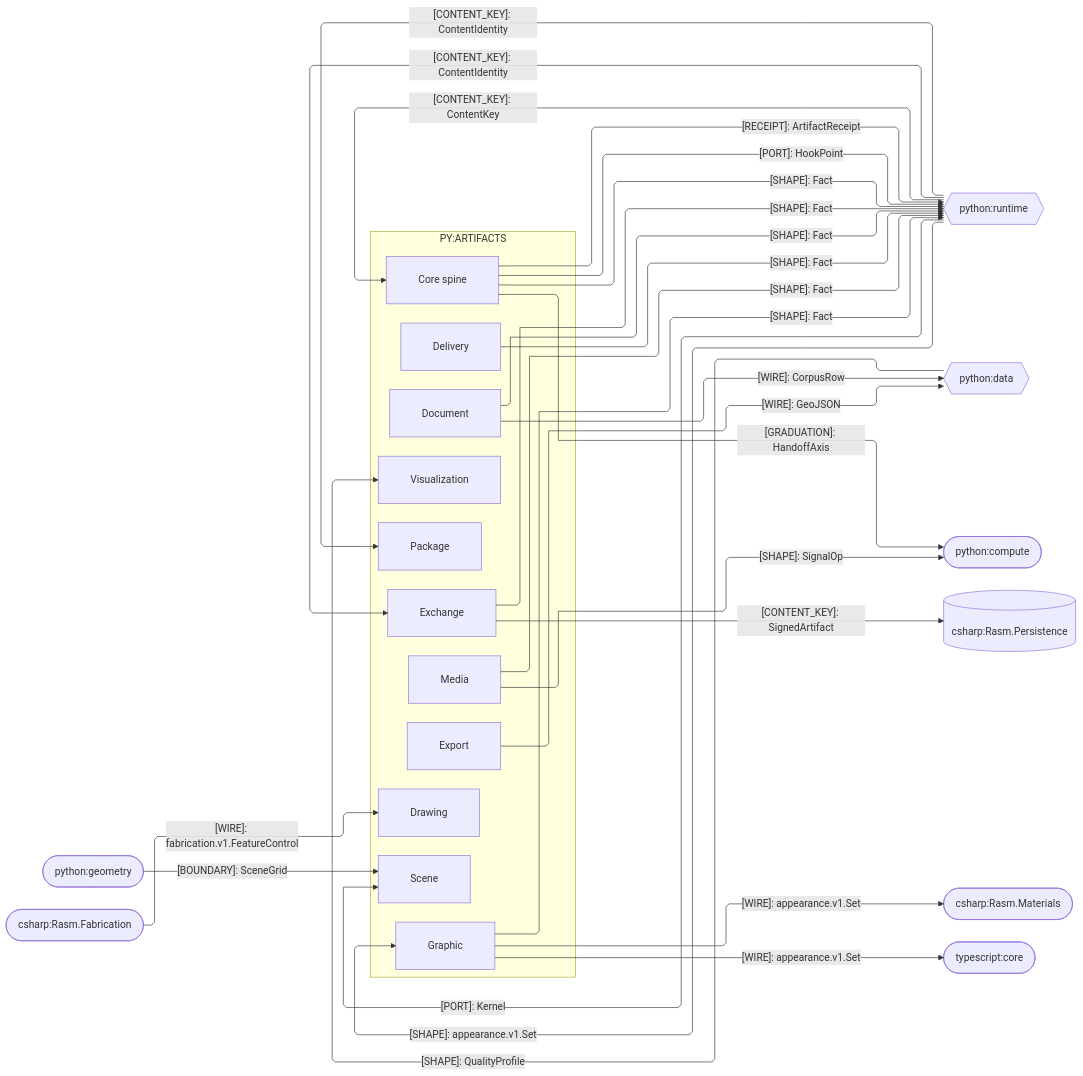
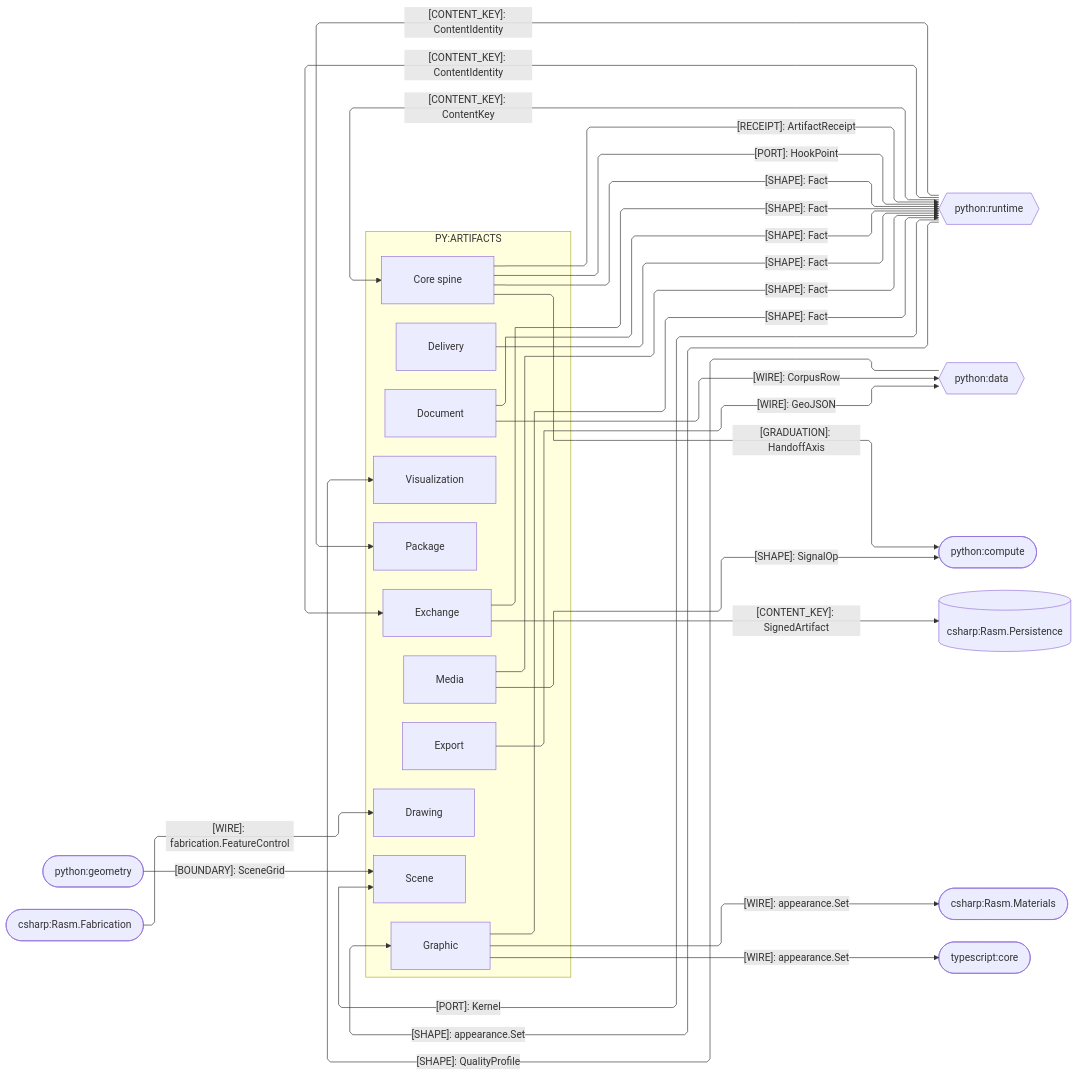
Before and after one commit to bsamiee/Rasm: the second of 3 diagrams in libs/python/artifacts/ARCHITECTURE.md, drawn with Mermaid. The commit also changed other lines of this file and 640 other files, not shown here.

````diff
--- a/libs/python/artifacts/ARCHITECTURE.md
+++ b/libs/python/artifacts/ARCHITECTURE.md
@@ -211,56 +211,56 @@
 ```mermaid
 ---
 config:
   layout: elk
   flowchart:
     curve: linear
     padding: 25
 ---
 flowchart LR
     accTitle: Artifacts package seam registry
     accDescr: Artifacts sub-domain owners exchanging content keys, receipts, wires, and shapes with Python, C#, and TypeScript peers.
     subgraph artifacts[PY:ARTIFACTS]
         Core[Core spine]
         Document[Document]
         Delivery[Delivery]
         Visualization[Visualization]
         Drawing[Drawing]
         Graphic[Graphic]
         Media[Media]
         Scene[Scene]
         Export[Export]
         Exchange[Exchange]
         Package[Package]
     end
     Geometry([python:geometry])
     Runtime{{python:runtime}}
     Data{{python:data}}
     Compute([python:compute])
     Persistence[(csharp:Rasm.Persistence)]
     Fabrication([csharp:Rasm.Fabrication])
     Materials([csharp:Rasm.Materials])
     Interchange([typescript:core])
     Runtime e1@-->|"[CONTENT_KEY]: ContentKey"| Core
     Core e2@-->|"[RECEIPT]: ArtifactReceipt"| Runtime
     Runtime e3@-->|"[CONTENT_KEY]: ContentIdentity"| Exchange
     Runtime e4@-->|"[CONTENT_KEY]: ContentIdentity"| Package
     Core e5@-->|"[GRADUATION]: HandoffAxis"| Compute
     Media e6@-->|"[SHAPE]: SignalOp"| Compute
     Document e7@-->|"[WIRE]: CorpusRow"| Data
     Export e8@-->|"[WIRE]: GeoJSON"| Data
     Data e9@-->|"[SHAPE]: QualityProfile"| Visualization
-    Fabrication e10@-->|"[WIRE]: fabrication.v1.FeatureControl"| Drawing
+    Fabrication e10@-->|"[WIRE]: fabrication.FeatureControl"| Drawing
     Geometry e11@-->|"[BOUNDARY]: SceneGrid"| Scene
     Exchange e12@-->|"[CONTENT_KEY]: SignedArtifact"| Persistence
     Runtime e13@-->|"[PORT]: Kernel"| Scene
     Core e14@-->|"[PORT]: HookPoint"| Runtime
-    Runtime e15@-->|"[SHAPE]: appearance.v1.Set"| Graphic
-    Graphic e16@-->|"[WIRE]: appearance.v1.Set"| Materials
-    Graphic e17@-->|"[WIRE]: appearance.v1.Set"| Interchange
+    Runtime e15@-->|"[SHAPE]: appearance.Set"| Graphic
+    Graphic e16@-->|"[WIRE]: appearance.Set"| Materials
+    Graphic e17@-->|"[WIRE]: appearance.Set"| Interchange
     Core e18@-->|"[SHAPE]: Fact"| Runtime
     Delivery e19@-->|"[SHAPE]: Fact"| Runtime
     Document e20@-->|"[SHAPE]: Fact"| Runtime
     Graphic e21@-->|"[SHAPE]: Fact"| Runtime
     Media e22@-->|"[SHAPE]: Fact"| Runtime
     Exchange e23@-->|"[SHAPE]: Fact"| Runtime
 ```
````
